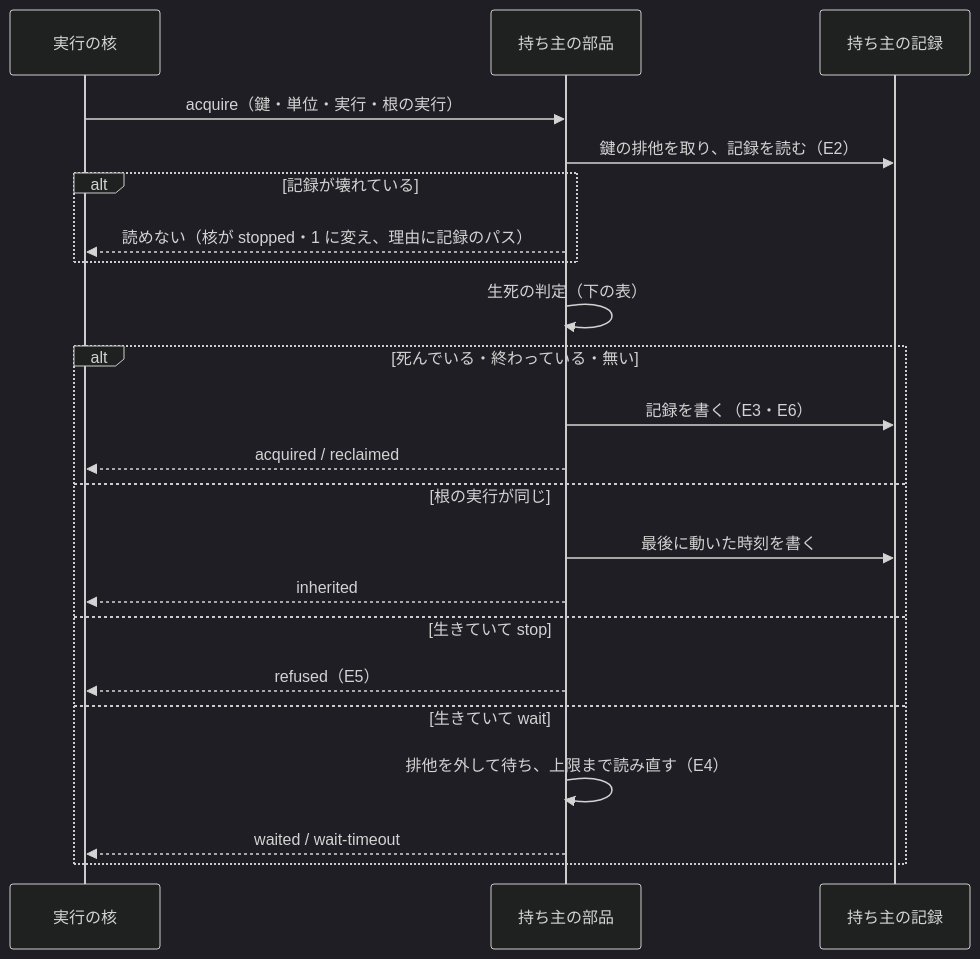
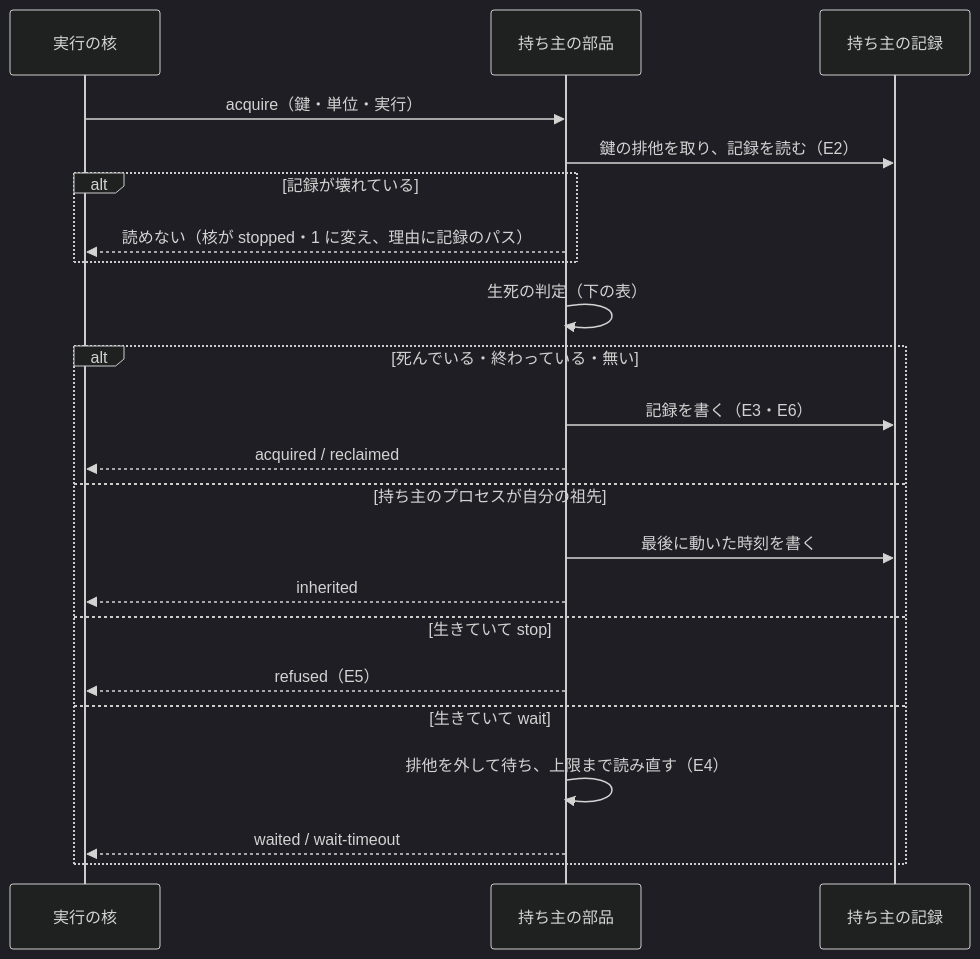
One commit to devbasex/ai-plugins changed the fourth of 7 diagrams in issues/issue-2342-design.md. Above: the diagram before and after it, drawn with Mermaid (dark theme). The commit also changed other lines of this file and 4 other files, not shown here.

````diff
--- a/issues/issue-2342-design.md
+++ b/issues/issue-2342-design.md
@@ -309,24 +313,24 @@
 ```mermaid
 sequenceDiagram
     participant K as 実行の核
     participant L as 持ち主の部品
     participant F as 持ち主の記録
-    K->>L: acquire（鍵・単位・実行・根の実行）
+    K->>L: acquire（鍵・単位・実行）
     L->>F: 鍵の排他を取り、記録を読む（E2）
     alt 記録が壊れている
         L-->>K: 読めない（核が stopped・1 に変え、理由に記録のパス）
     end
     L->>L: 生死の判定（下の表）
     alt 死んでいる・終わっている・無い
         L->>F: 記録を書く（E3・E6）
         L-->>K: acquired / reclaimed
-    else 根の実行が同じ
+    else 持ち主のプロセスが自分の祖先
         L->>F: 最後に動いた時刻を書く
         L-->>K: inherited
     else 生きていて stop
         L-->>K: refused（E5）
     else 生きていて wait
         L->>L: 排他を外して待ち、上限まで読み直す（E4）
         L-->>K: waited / wait-timeout
     end
 ```
````
